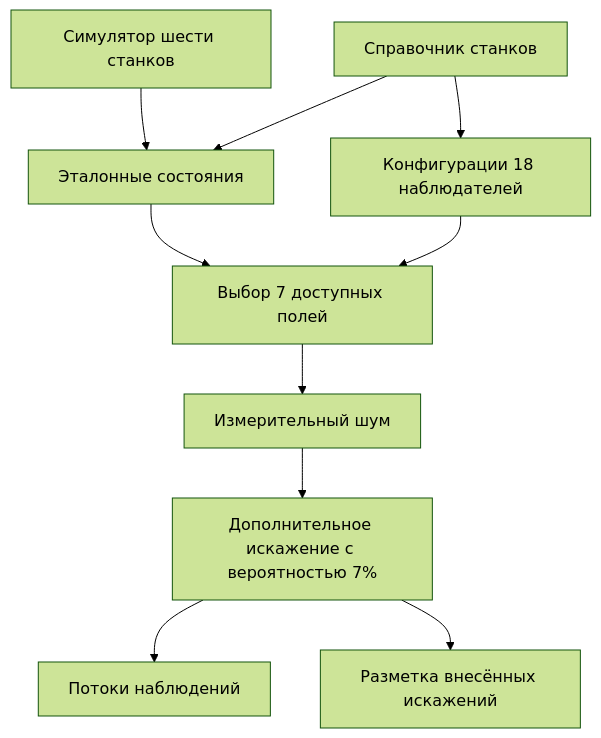
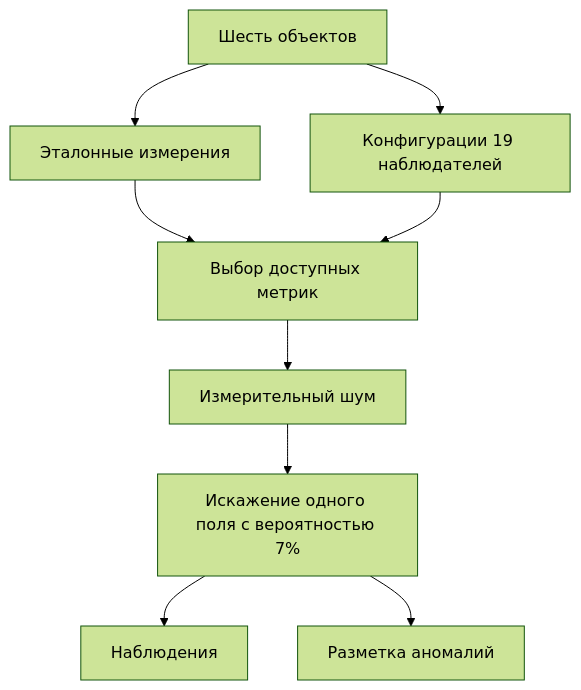
One commit to AndreyKobetskiy/tddps changed the diagram in README.md. Above: the diagram before and after it, drawn with Mermaid (forest theme). The commit also changed other lines of this file and 10 other files, not shown here.

````diff
--- a/README.md
+++ b/README.md
@@ -7,12 +7,11 @@
 ```mermaid
 flowchart TD
-    S["Симулятор шести станков"] --> T["Эталонные состояния"]
-    M["Справочник станков"] --> T
-    M --> C["Конфигурации 18 наблюдателей"]
-    T --> P["Выбор 7 доступных полей"]
+    A["Шесть объектов"] --> T["Эталонные измерения"]
+    A --> C["Конфигурации 19 наблюдателей"]
+    T --> P["Выбор доступных метрик"]
     C --> P
     P --> N["Измерительный шум"]
-    N --> D["Дополнительное искажение с вероятностью 7%"]
-    D --> O["Потоки наблюдений"]
-    D --> L["Разметка внесённых искажений"]
+    N --> D["Искажение одного поля с вероятностью 7%"]
+    D --> O["Наблюдения"]
+    D --> L["Разметка аномалий"]
 ```
````
